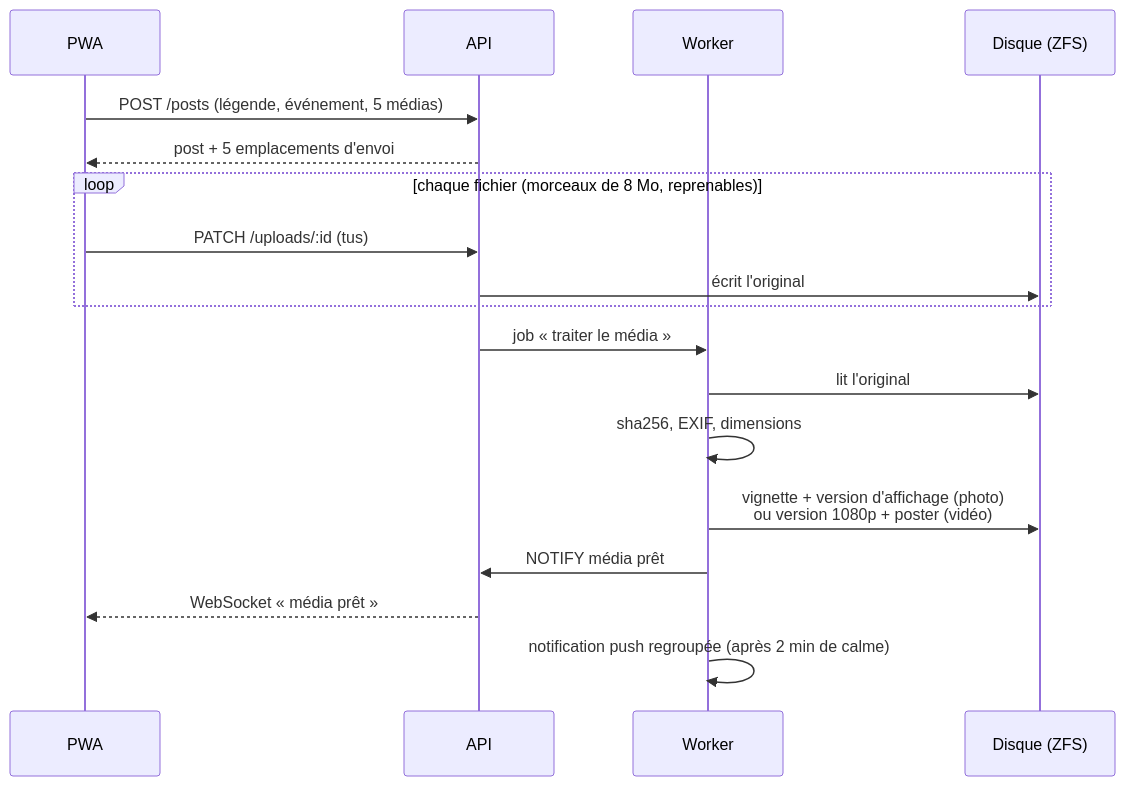
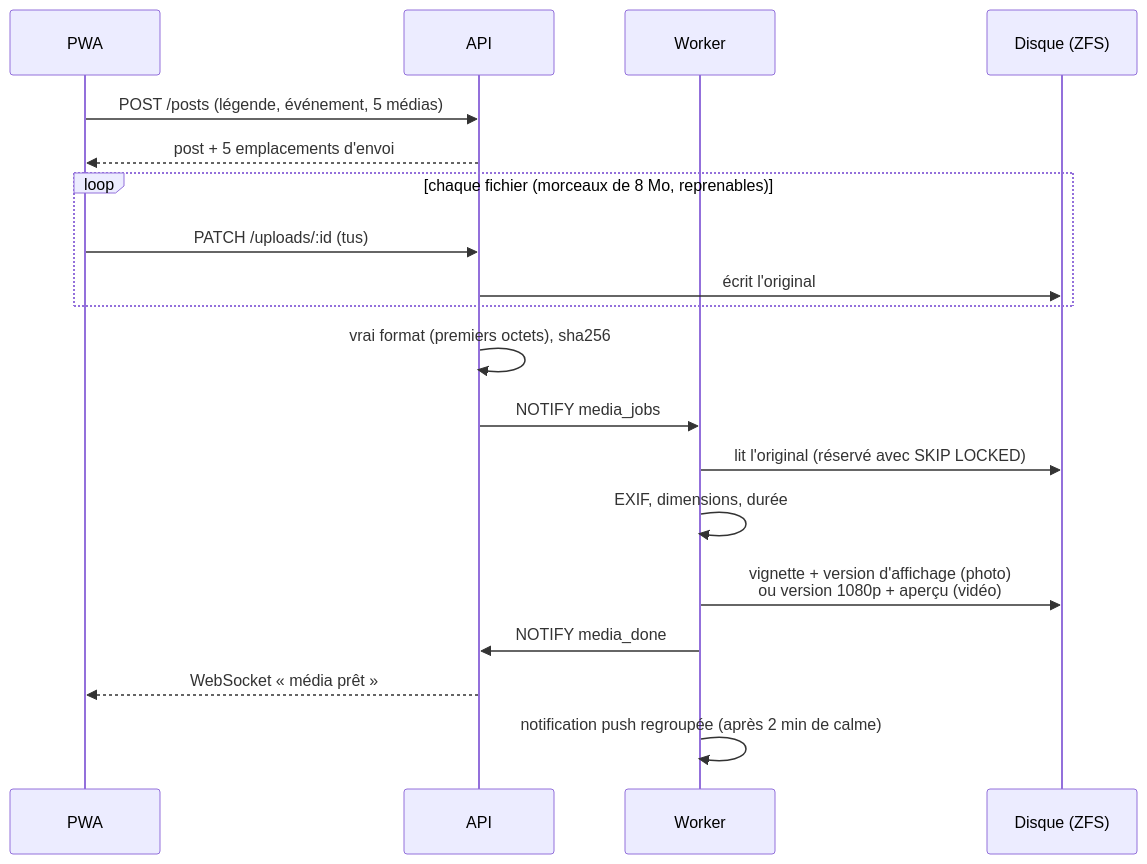
The third of 3 diagrams in docs/architecture.md (H3Dylan/picturart), drawn with Mermaid before and after one commit. The commit also changed other lines of this file and 44 other files, not shown here.

````diff
--- a/docs/architecture.md
+++ b/docs/architecture.md
@@ -150,20 +152,21 @@
 ```mermaid
 sequenceDiagram
   participant P as PWA
   participant A as API
   participant W as Worker
   participant D as Disque (ZFS)
   P->>A: POST /posts (légende, événement, 5 médias)
   A-->>P: post + 5 emplacements d'envoi
   loop chaque fichier (morceaux de 8 Mo, reprenables)
     P->>A: PATCH /uploads/:id (tus)
     A->>D: écrit l'original
   end
-  A->>W: job « traiter le média »
-  W->>D: lit l'original
-  W->>W: sha256, EXIF, dimensions
-  W->>D: vignette + version d'affichage (photo)<br/>ou version 1080p + poster (vidéo)
-  W->>A: NOTIFY média prêt
+  A->>A: vrai format (premiers octets), sha256
+  A->>W: NOTIFY media_jobs
+  W->>D: lit l'original (réservé avec SKIP LOCKED)
+  W->>W: EXIF, dimensions, durée
+  W->>D: vignette + version d'affichage (photo)<br/>ou version 1080p + aperçu (vidéo)
+  W->>A: NOTIFY media_done
   A-->>P: WebSocket « média prêt »
   W->>W: notification push regroupée (après 2 min de calme)
 ```
````
